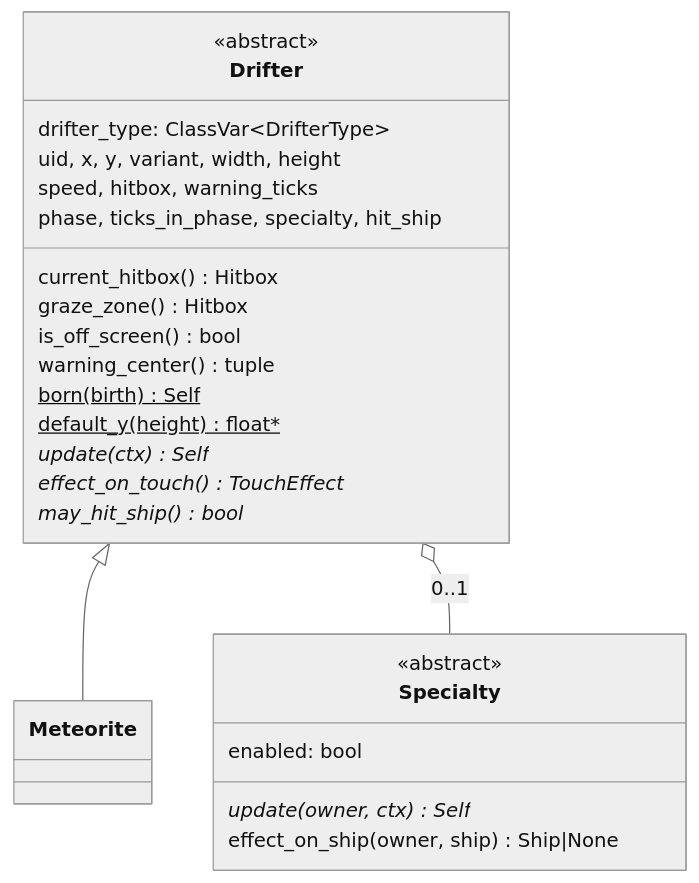
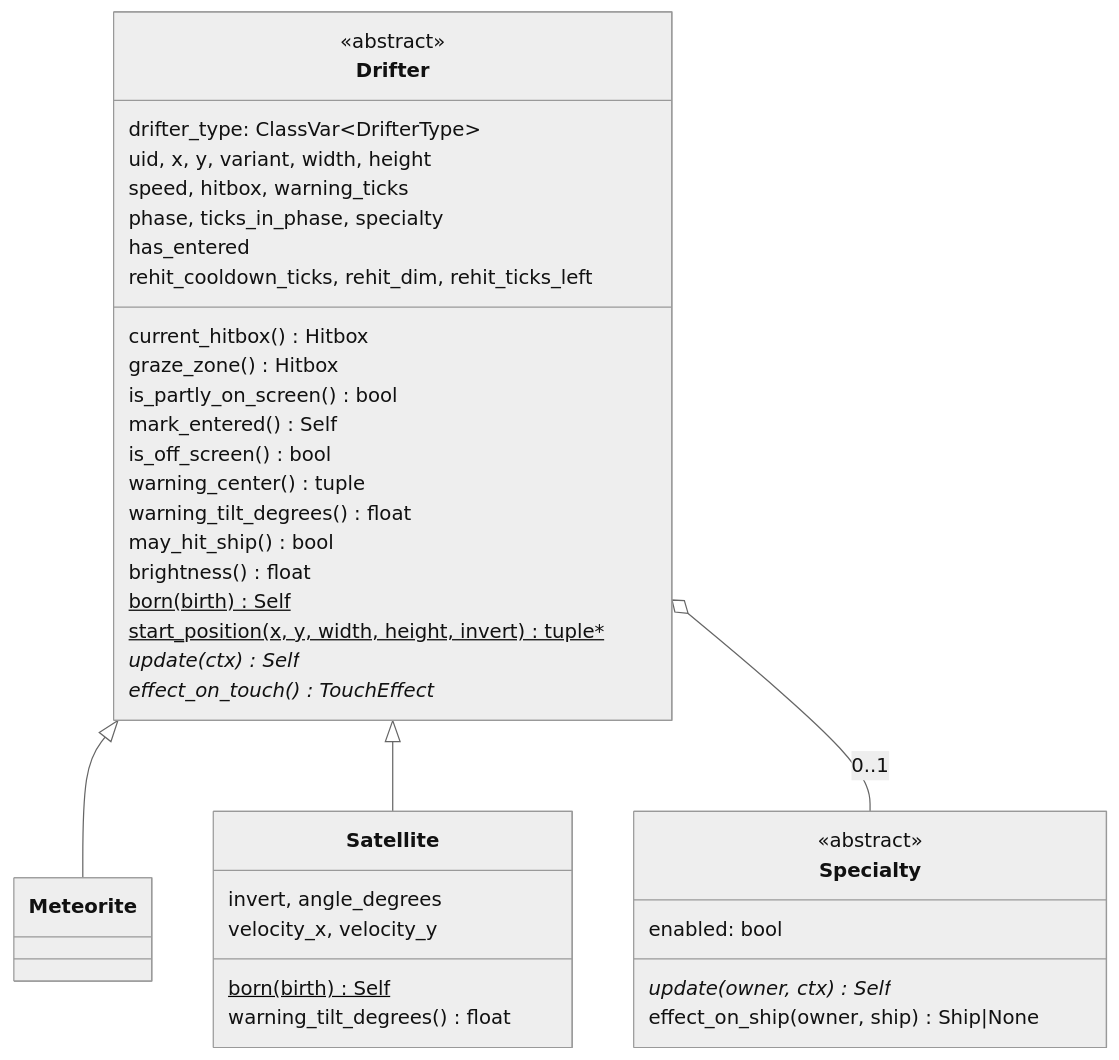
One commit to david-mntl/driftward-ace changed the first of 5 diagrams in docs/contracts/systems/drifters.md. Above: the diagram before and after it, drawn with Mermaid (neutral theme). The commit also changed other lines of this file and 13 other files, not shown here.

Commit message:
docs(contracts): add satellite, hazards and debug spawn list schemas, update drifters, run and app specs, add DRA-39 tasks

````diff
--- a/docs/contracts/systems/drifters.md
+++ b/docs/contracts/systems/drifters.md
@@ -27,28 +29,41 @@
 ```mermaid
 classDiagram
   class Drifter {
     <<abstract>>
     drifter_type: ClassVar~DrifterType~
     uid, x, y, variant, width, height
     speed, hitbox, warning_ticks
-    phase, ticks_in_phase, specialty, hit_ship
+    phase, ticks_in_phase, specialty
+    has_entered
+    rehit_cooldown_ticks, rehit_dim, rehit_ticks_left
     current_hitbox() Hitbox
     graze_zone() Hitbox
+    is_partly_on_screen() bool
+    mark_entered() Self
     is_off_screen() bool
     warning_center() tuple
+    warning_tilt_degrees() float
+    may_hit_ship() bool
+    brightness() float
     born(birth)$ Self
-    default_y(height)$ float*
+    start_position(x, y, width, height, invert)$ tuple*
     update(ctx) Self*
     effect_on_touch() TouchEffect*
-    may_hit_ship() bool*
   }
   class Specialty {
     <<abstract>>
     enabled: bool
     update(owner, ctx) Self*
     effect_on_ship(owner, ship) Ship|None
   }
   class Meteorite
+  class Satellite {
+    invert, angle_degrees
+    velocity_x, velocity_y
+    born(birth)$ Self
+    warning_tilt_degrees() float
+  }
   Drifter <|-- Meteorite
+  Drifter <|-- Satellite
   Drifter o-- Specialty : 0..1
 ```
````
